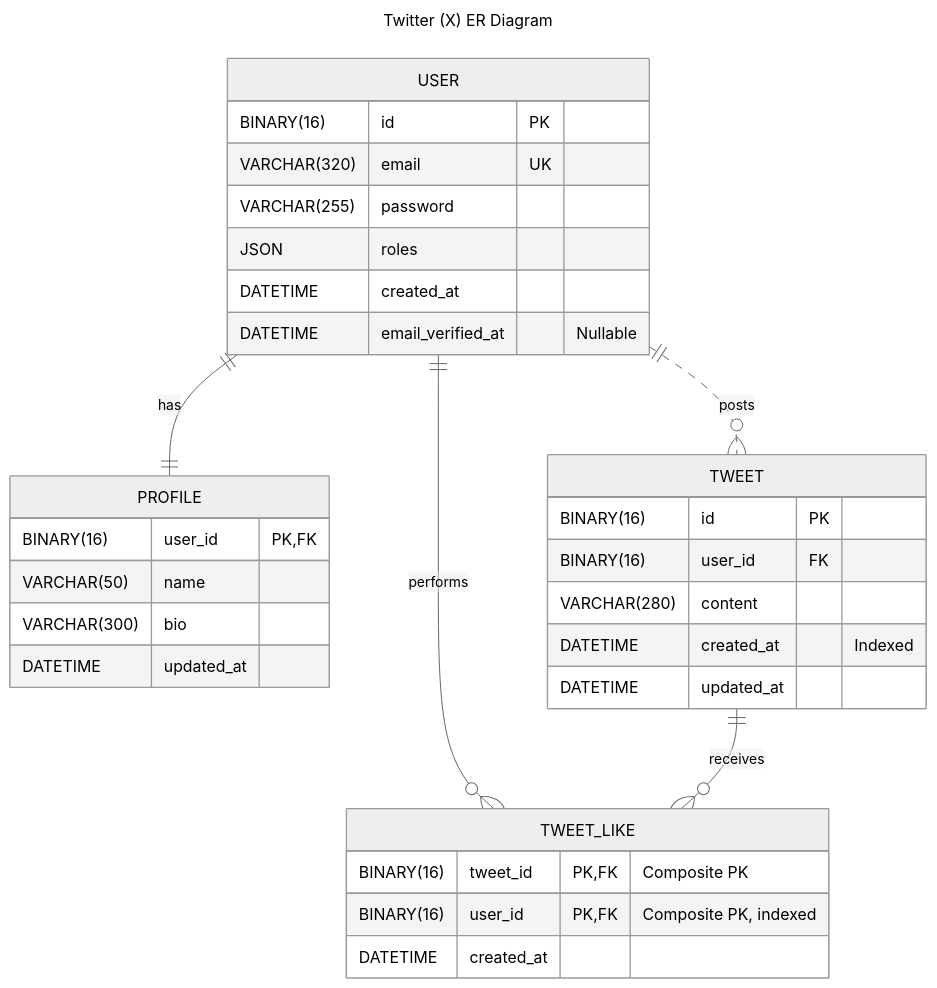
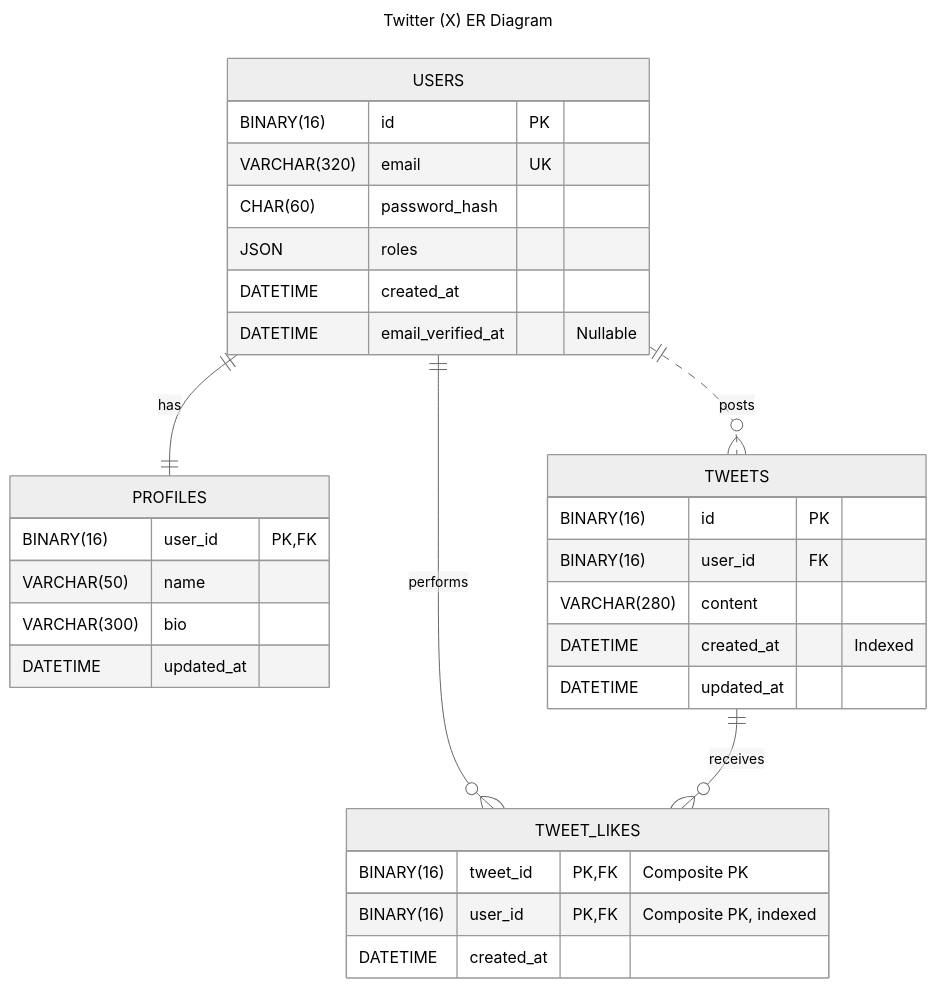
The diagram in docs/database.md (CPAprince/Twitter), drawn with Mermaid (neutral theme) before and after one commit. The commit also changed other lines of this file, not shown here.

````diff
--- a/docs/database.md
+++ b/docs/database.md
@@ -17,40 +41,40 @@
 ```mermaid
 ---
 title: Twitter (X) ER Diagram
 ---
 erDiagram
-    USER {
+    USERS {
         BINARY(16) id PK
         VARCHAR(320) email UK
-        VARCHAR(255) password
+        CHAR(60) password_hash
         JSON roles
         DATETIME created_at
         DATETIME email_verified_at "Nullable"
     }
 
-    PROFILE {
+    PROFILES {
         BINARY(16) user_id PK, FK
         VARCHAR(50) name
         VARCHAR(300) bio
         DATETIME updated_at
     }
 
-    TWEET {
+    TWEETS {
         BINARY(16) id PK
         BINARY(16) user_id FK
         VARCHAR(280) content
         DATETIME created_at "Indexed"
         DATETIME updated_at
     }
 
-    TWEET_LIKE {
+    TWEET_LIKES {
         BINARY(16) tweet_id PK, FK "Composite PK"
         BINARY(16) user_id PK, FK "Composite PK, indexed"
         DATETIME created_at
     }
 
-    USER ||--|| PROFILE: has
-    USER ||..o{ TWEET: posts
-    USER ||--o{ TWEET_LIKE: performs
-    TWEET ||--o{ TWEET_LIKE: receives
+    USERS ||--|| PROFILES: has
+    USERS ||..o{ TWEETS: posts
+    USERS ||--o{ TWEET_LIKES: performs
+    TWEETS ||--o{ TWEET_LIKES: receives
 ```
````
